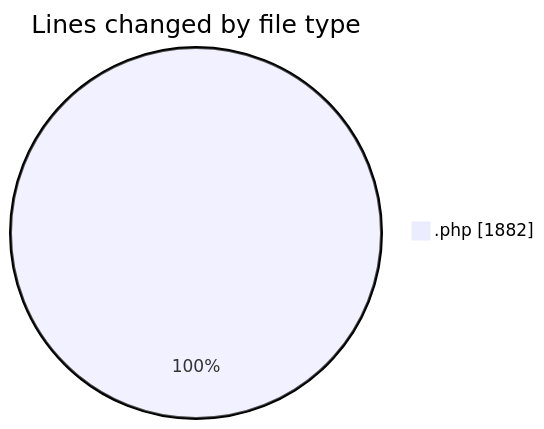
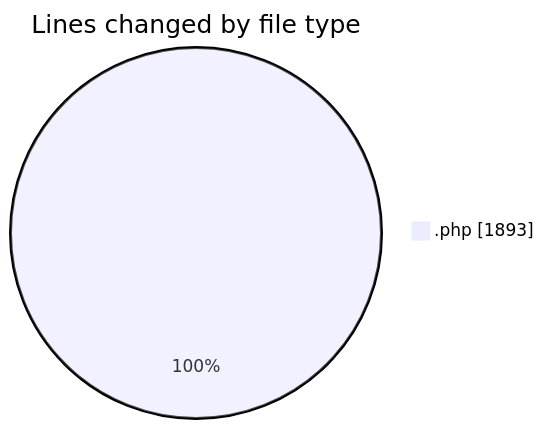
Before and after one commit to vahidmafi/code-tracking: the first of 2 diagrams in 2025-04-18/zeytoon/README.md, drawn with Mermaid. The commit also changed other lines of this file and 1 other file, not shown here.

````diff
--- a/2025-04-18/zeytoon/README.md
+++ b/2025-04-18/zeytoon/README.md
@@ -20,5 +20,5 @@
 ```mermaid
 pie showData
 title Lines changed by file type
-".php" : 1882
+".php" : 1893
 ```
````
